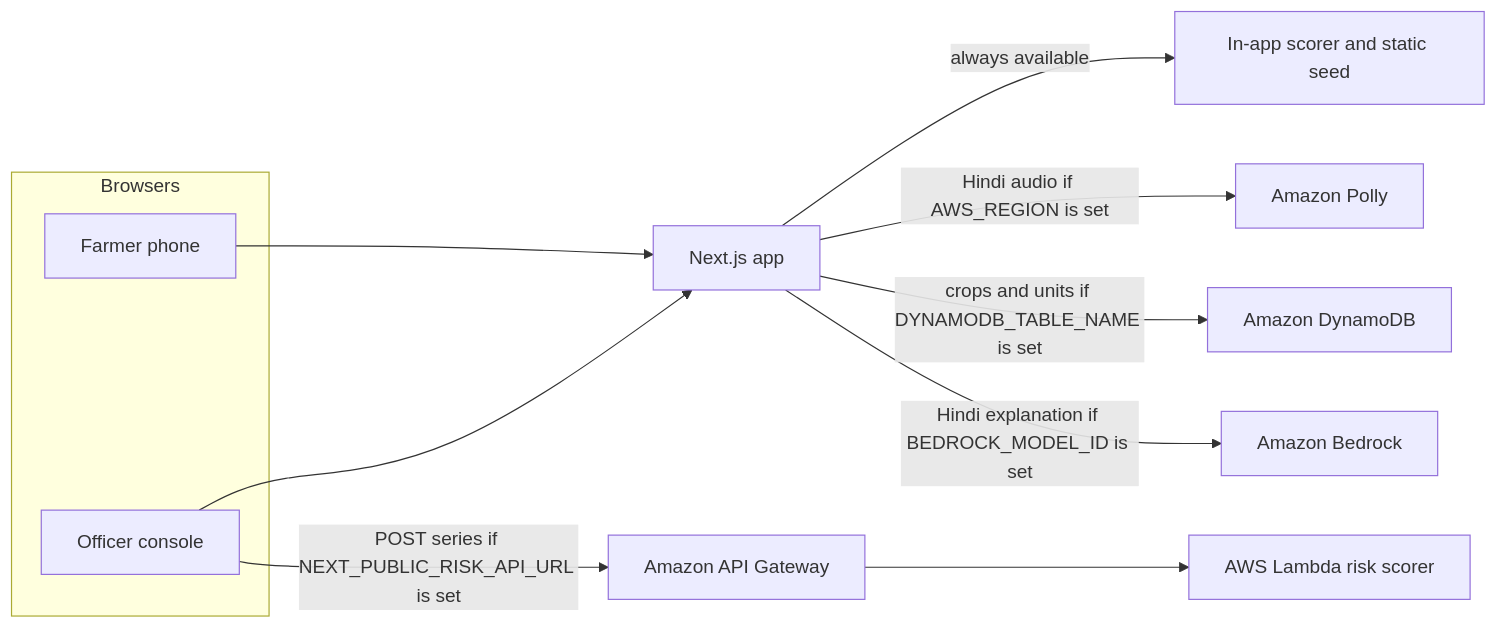
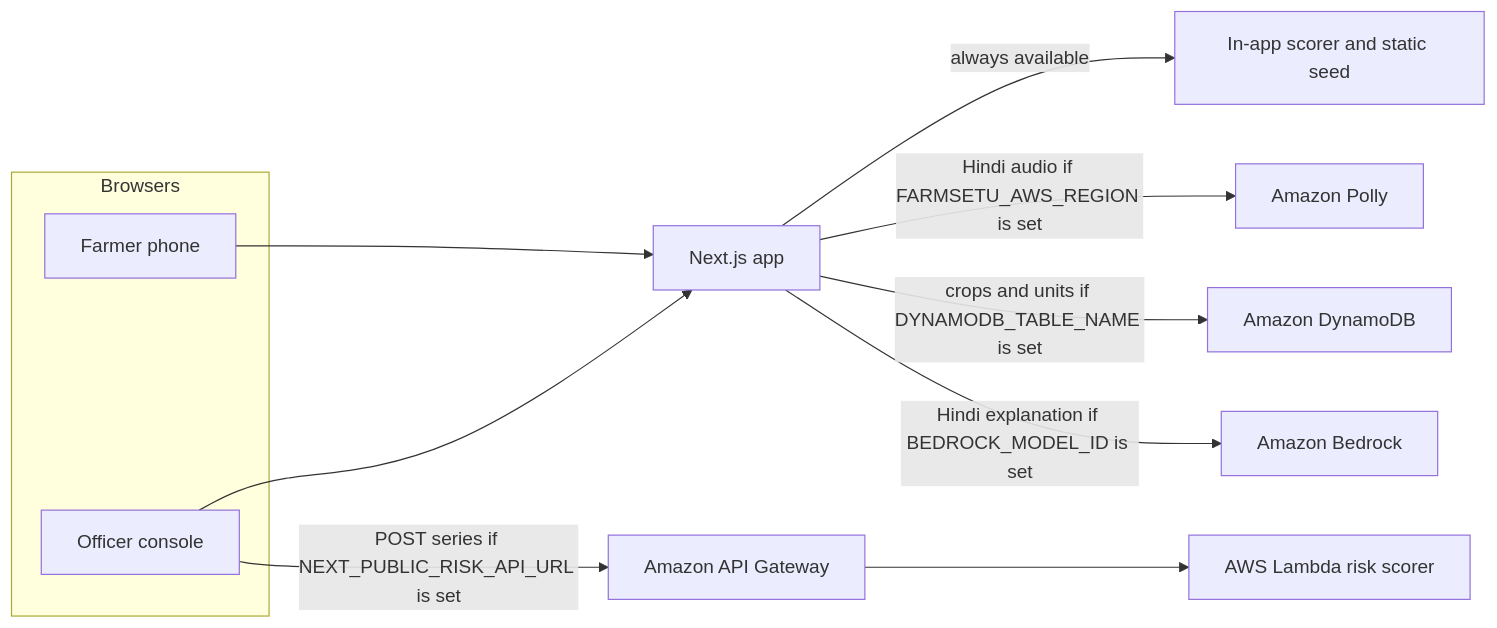
Before and after one commit to amantebriwal4321/SIH_FarmSetu: the diagram in README.md, drawn with Mermaid. The commit also changed other lines of this file and 8 other files, not shown here.

First line of the commit message:
fix(aws): read FARMSETU_AWS_* env vars before the reserved AWS names

````diff
--- a/README.md
+++ b/README.md
@@ -23,23 +23,23 @@
 ```mermaid
 flowchart LR
   subgraph browser [Browsers]
     Officer[Officer console]
     Farmer[Farmer phone]
   end
   Next[Next.js app]
   Local[In-app scorer and static seed]
   Polly[Amazon Polly]
   DDB[Amazon DynamoDB]
   APIGW[Amazon API Gateway]
   Lambda[AWS Lambda risk scorer]
   Bedrock[Amazon Bedrock]
 
   Officer --> Next
   Farmer --> Next
   Next -->|always available| Local
-  Next -->|Hindi audio if AWS_REGION is set| Polly
+  Next -->|Hindi audio if FARMSETU_AWS_REGION is set| Polly
   Next -->|crops and units if DYNAMODB_TABLE_NAME is set| DDB
   Officer -->|POST series if NEXT_PUBLIC_RISK_API_URL is set| APIGW
   APIGW --> Lambda
   Next -->|Hindi explanation if BEDROCK_MODEL_ID is set| Bedrock
 ```
````
